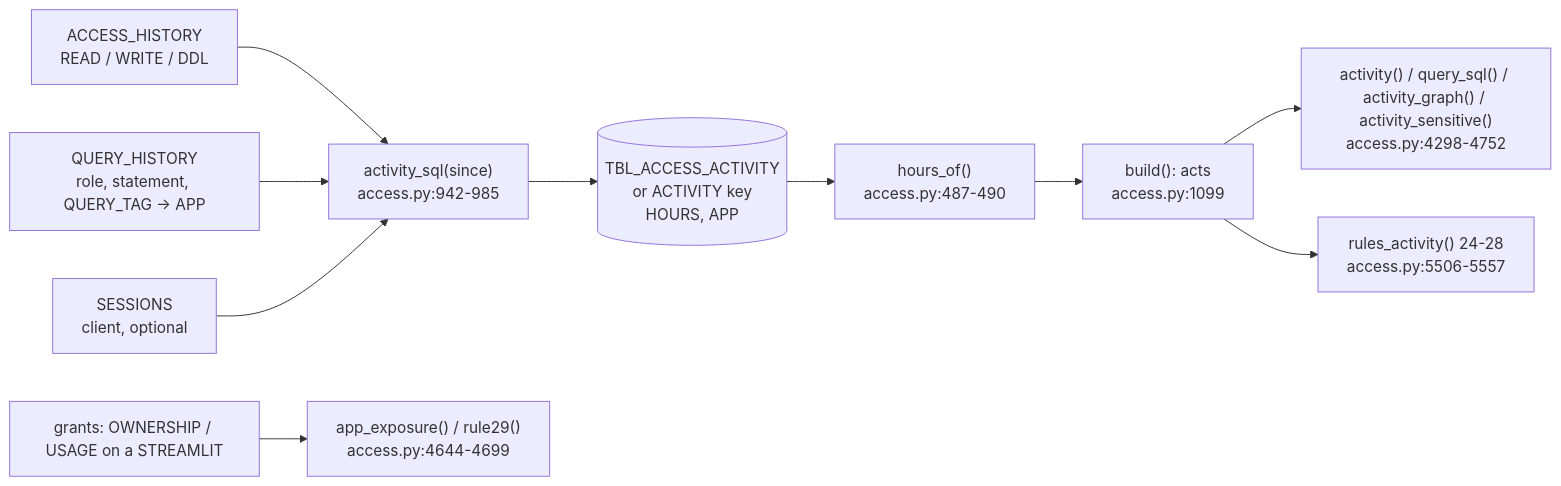
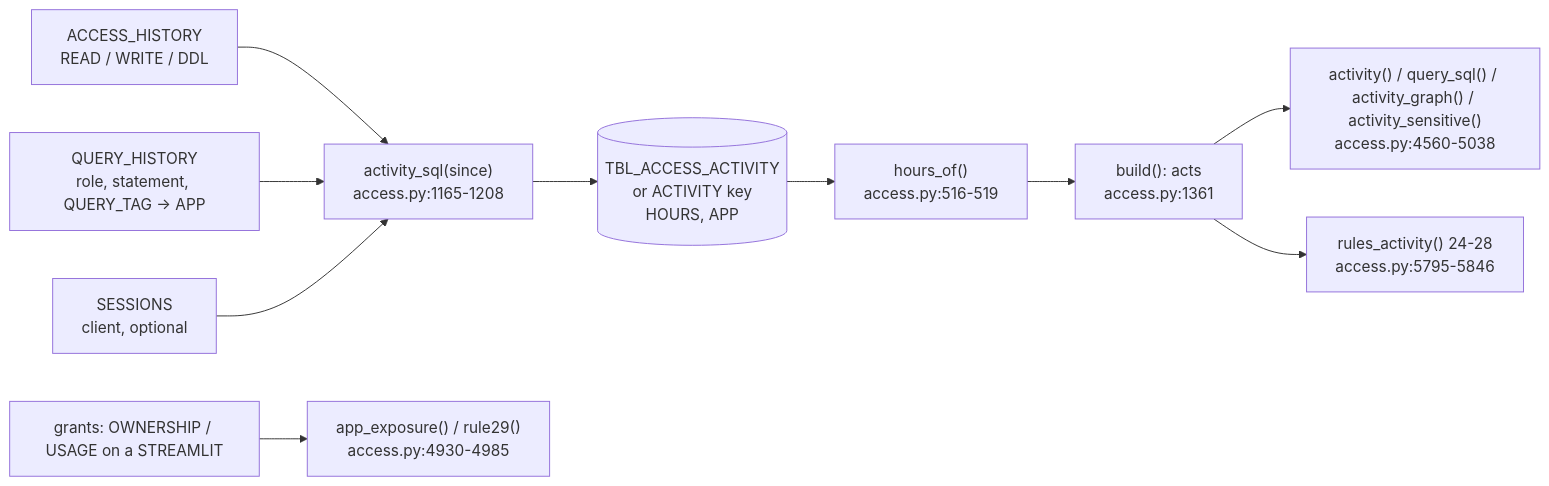
Before and after one commit to darshanmeel/snowflake-access-explorer: the diagram in snowflake-access-explorer-knowledge-graph/logic/activity.md, drawn with Mermaid. The commit also changed other lines of this file and 79 other files, not shown here.

Commit message:
Knowledge graph: STATEMENT_TIMEOUT, WORKERS, ACTIVITY, HIERARCHY, progress lines, shared ACCESS_HISTORY read, procedure batching; node lines re-synced

````diff
--- a/snowflake-access-explorer-knowledge-graph/logic/activity.md
+++ b/snowflake-access-explorer-knowledge-graph/logic/activity.md
@@ -6,12 +6,12 @@
 ```mermaid
 flowchart LR
-  AH[ACCESS_HISTORY<br/>READ / WRITE / DDL] --> SQLA["activity_sql(since)<br/>access.py:942-985"]
+  AH[ACCESS_HISTORY<br/>READ / WRITE / DDL] --> SQLA["activity_sql(since)<br/>access.py:1165-1208"]
   QH[QUERY_HISTORY<br/>role, statement, QUERY_TAG -> APP] --> SQLA
   SE[SESSIONS<br/>client, optional] --> SQLA
   SQLA --> T[(TBL_ACCESS_ACTIVITY<br/>or ACTIVITY key<br/>HOURS, APP)]
-  T --> HO["hours_of()<br/>access.py:487-490"]
-  HO --> ACTS["build(): acts<br/>access.py:1099"]
-  ACTS --> TAB["activity() / query_sql() / activity_graph() / activity_sensitive()<br/>access.py:4298-4752"]
-  ACTS --> R["rules_activity() 24-28<br/>access.py:5506-5557"]
-  G[grants: OWNERSHIP / USAGE on a STREAMLIT] --> AX["app_exposure() / rule29()<br/>access.py:4644-4699"]
+  T --> HO["hours_of()<br/>access.py:516-519"]
+  HO --> ACTS["build(): acts<br/>access.py:1361"]
+  ACTS --> TAB["activity() / query_sql() / activity_graph() / activity_sensitive()<br/>access.py:4560-5038"]
+  ACTS --> R["rules_activity() 24-28<br/>access.py:5795-5846"]
+  G[grants: OWNERSHIP / USAGE on a STREAMLIT] --> AX["app_exposure() / rule29()<br/>access.py:4930-4985"]
 ```
````
